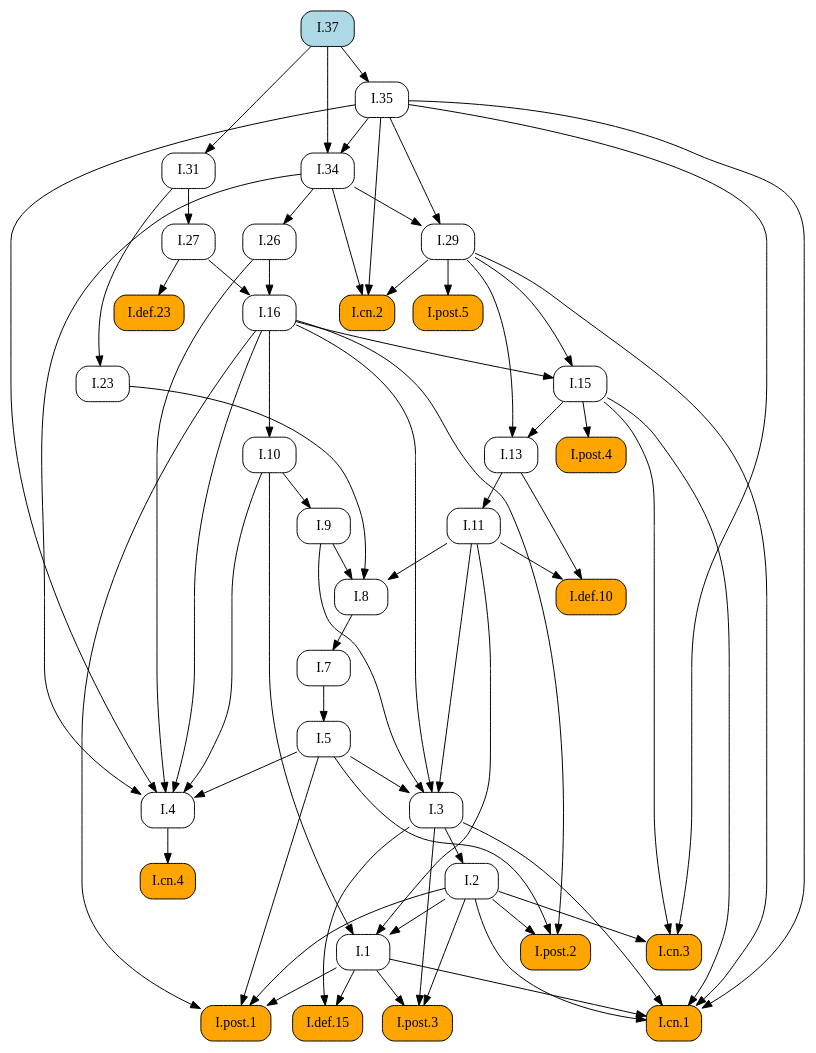
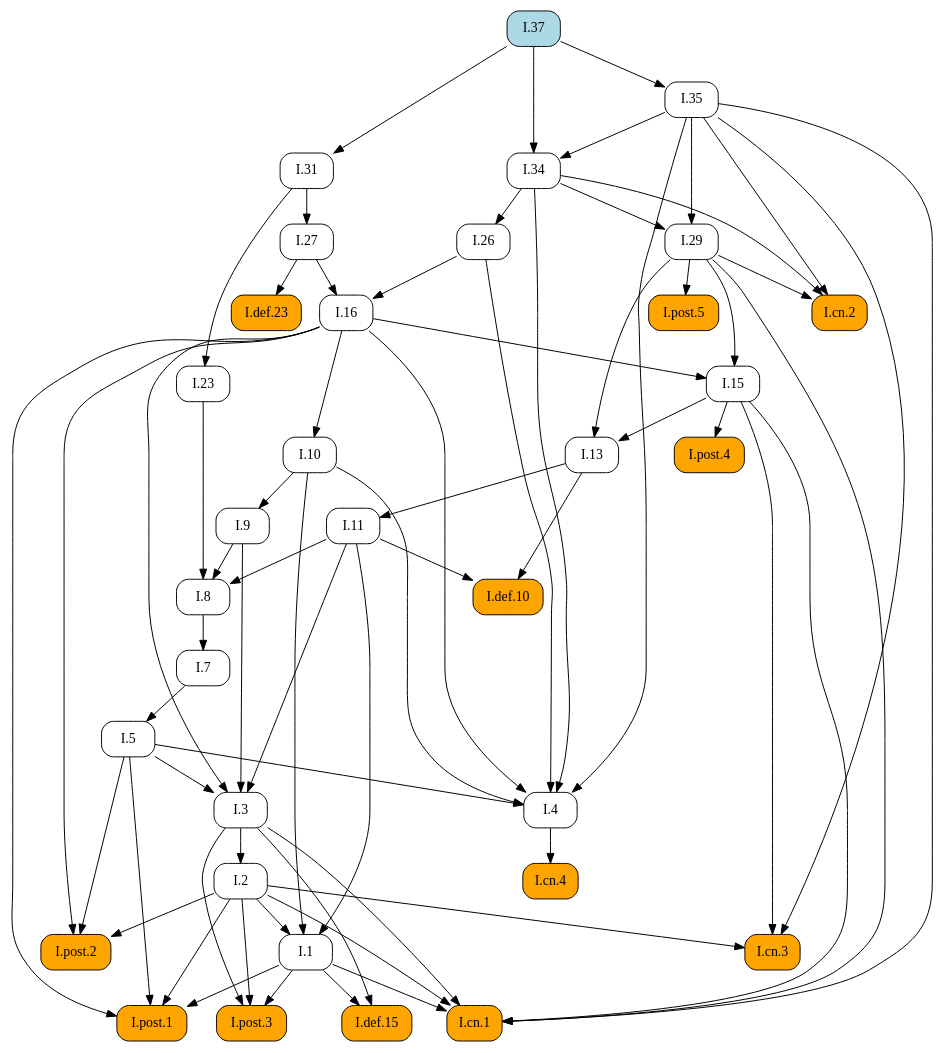
The diagram in docsrc/elements2/I/37/index.rst (geometor/elements), drawn with Graphviz before and after one commit. The commit also changed other lines of this file and 171 other files, not shown here.

```diff
--- a/docsrc/elements2/I/37/index.rst
+++ b/docsrc/elements2/I/37/index.rst
@@ -62,104 +62,104 @@
    digraph {
      rankdir="TB";
      node [shape=box, style=rounded];
+     "I.8" [URL="/elements2/I/8/", target="_top"];
+     "I.post.1" [style="rounded,filled", fillcolor=orange, URL="/elements2/I/post.1/", target="_top"];
+     "I.5" [URL="/elements2/I/5/", target="_top"];
+     "I.post.5" [style="rounded,filled", fillcolor=orange, URL="/elements2/I/post.5/", target="_top"];
+     "I.def.10" [style="rounded,filled", fillcolor=orange, URL="/elements2/I/def.10/", target="_top"];
+     "I.cn.2" [style="rounded,filled", fillcolor=orange, URL="/elements2/I/cn.2/", target="_top"];
+     "I.def.15" [style="rounded,filled", fillcolor=orange, URL="/elements2/I/def.15/", target="_top"];
+     "I.31" [URL="/elements2/I/31/", target="_top"];
+     "I.11" [URL="/elements2/I/11/", target="_top"];
+     "I.3" [URL="/elements2/I/3/", target="_top"];
+     "I.def.23" [style="rounded,filled", fillcolor=orange, URL="/elements2/I/def.23/", target="_top"];
+     "I.post.2" [style="rounded,filled", fillcolor=orange, URL="/elements2/I/post.2/", target="_top"];
+     "I.26" [URL="/elements2/I/26/", target="_top"];
+     "I.cn.3" [style="rounded,filled", fillcolor=orange, URL="/elements2/I/cn.3/", target="_top"];
+     "I.cn.4" [style="rounded,filled", fillcolor=orange, URL="/elements2/I/cn.4/", target="_top"];
+     "I.1" [URL="/elements2/I/1/", target="_top"];
+     "I.7" [URL="/elements2/I/7/", target="_top"];
+     "I.9" [URL="/elements2/I/9/", target="_top"];
+     "I.cn.1" [style="rounded,filled", fillcolor=orange, URL="/elements2/I/cn.1/", target="_top"];
+     "I.29" [URL="/elements2/I/29/", target="_top"];
+     "I.16" [URL="/elements2/I/16/", target="_top"];
+     "I.post.4" [style="rounded,filled", fillcolor=orange, URL="/elements2/I/post.4/", target="_top"];
+     "I.13" [URL="/elements2/I/13/", target="_top"];
+     "I.35" [URL="/elements2/I/35/", target="_top"];
+     "I.2" [URL="/elements2/I/2/", target="_top"];
+     "I.27" [URL="/elements2/I/27/", target="_top"];
      "I.37" [style="rounded,filled", fillcolor=lightblue, URL="/elements2/I/37/", target="_top"];
-     "I.def.10" [style="rounded,filled", fillcolor=orange, URL="/elements2/I/def.10/", target="_top"];
+     "I.4" [URL="/elements2/I/4/", target="_top"];
+     "I.10" [URL="/elements2/I/10/", target="_top"];
+     "I.15" [URL="/elements2/I/15/", target="_top"];
      "I.34" [URL="/elements2/I/34/", target="_top"];
-     "I.cn.4" [style="rounded,filled", fillcolor=orange, URL="/elements2/I/cn.4/", target="_top"];
-     "I.def.15" [style="rounded,filled", fillcolor=orange, URL="/elements2/I/def.15/", target="_top"];
+     "I.23" [URL="/elements2/I/23/", target="_top"];
      "I.post.3" [style="rounded,filled", fillcolor=orange, URL="/elements2/I/post.3/", target="_top"];
-     "I.27" [URL="/elements2/I/27/", target="_top"];
-     "I.post.2" [style="rounded,filled", fillcolor=orange, URL="/elements2/I/post.2/", target="_top"];
-     "I.13" [URL="/elements2/I/13/", target="_top"];
-     "I.10" [URL="/elements2/I/10/", target="_top"];
-     "I.post.1" [style="rounded,filled", fillcolor=orange, URL="/elements2/I/post.1/", target="_top"];
-     "I.7" [URL="/elements2/I/7/", target="_top"];
-     "I.11" [URL="/elements2/I/11/", target="_top"];
-     "I.4" [URL="/elements2/I/4/", target="_top"];
-     "I.16" [URL="/elements2/I/16/", target="_top"];
-     "I.def.23" [style="rounded,filled", fillcolor=orange, URL="/elements2/I/def.23/", target="_top"];
-     "I.9" [URL="/elements2/I/9/", target="_top"];
-     "I.8" [URL="/elements2/I/8/", target="_top"];
-     "I.cn.2" [style="rounded,filled", fillcolor=orange, URL="/elements2/I/cn.2/", target="_top"];
-     "I.23" [URL="/elements2/I/23/", target="_top"];
-     "I.26" [URL="/elements2/I/26/", target="_top"];
-     "I.15" [URL="/elements2/I/15/", target="_top"];
-     "I.post.5" [style="rounded,filled", fillcolor=orange, URL="/elements2/I/post.5/", target="_top"];
-     "I.2" [URL="/elements2/I/2/", target="_top"];
-     "I.1" [URL="/elements2/I/1/", target="_top"];
-     "I.35" [URL="/elements2/I/35/", target="_top"];
-     "I.31" [URL="/elements2/I/31/", target="_top"];
-     "I.post.4" [style="rounded,filled", fillcolor=orange, URL="/elements2/I/post.4/", target="_top"];
-     "I.cn.1" [style="rounded,filled", fillcolor=orange, URL="/elements2/I/cn.1/", target="_top"];
-     "I.3" [URL="/elements2/I/3/", target="_top"];
-     "I.cn.3" [style="rounded,filled", fillcolor=orange, URL="/elements2/I/cn.3/", target="_top"];
-     "I.29" [URL="/elements2/I/29/", target="_top"];
-     "I.5" [URL="/elements2/I/5/", target="_top"];
-     "I.11" -> "I.def.10";
-     "I.13" -> "I.def.10";
-     "I.35" -> "I.34";
-     "I.37" -> "I.34";
-     "I.4" -> "I.cn.4";
-     "I.1" -> "I.def.15";
-     "I.3" -> "I.def.15";
-     "I.1" -> "I.post.3";
-     "I.2" -> "I.post.3";
-     "I.3" -> "I.post.3";
-     "I.31" -> "I.27";
-     "I.2" -> "I.post.2";
-     "I.5" -> "I.post.2";
-     "I.16" -> "I.post.2";
-     "I.15" -> "I.13";
-     "I.29" -> "I.13";
-     "I.16" -> "I.10";
+     "I.9" -> "I.8";
+     "I.11" -> "I.8";
+     "I.23" -> "I.8";
      "I.1" -> "I.post.1";
      "I.2" -> "I.post.1";
      "I.5" -> "I.post.1";
      "I.16" -> "I.post.1";
+     "I.7" -> "I.5";
+     "I.29" -> "I.post.5";
+     "I.11" -> "I.def.10";
+     "I.13" -> "I.def.10";
+     "I.29" -> "I.cn.2";
+     "I.34" -> "I.cn.2";
+     "I.35" -> "I.cn.2";
+     "I.1" -> "I.def.15";
+     "I.3" -> "I.def.15";
+     "I.37" -> "I.31";
+     "I.13" -> "I.11";
+     "I.5" -> "I.3";
+     "I.9" -> "I.3";
+     "I.11" -> "I.3";
+     "I.16" -> "I.3";
+     "I.27" -> "I.def.23";
+     "I.2" -> "I.post.2";
+     "I.5" -> "I.post.2";
+     "I.16" -> "I.post.2";
+     "I.34" -> "I.26";
+     "I.2" -> "I.cn.3";
+     "I.15" -> "I.cn.3";
+     "I.35" -> "I.cn.3";
+     "I.4" -> "I.cn.4";
+     "I.2" -> "I.1";
+     "I.10" -> "I.1";
+     "I.11" -> "I.1";
      "I.8" -> "I.7";
-     "I.13" -> "I.11";
+     "I.10" -> "I.9";
+     "I.1" -> "I.cn.1";
+     "I.2" -> "I.cn.1";
+     "I.3" -> "I.cn.1";
+     "I.15" -> "I.cn.1";
+     "I.29" -> "I.cn.1";
+     "I.35" -> "I.cn.1";
+     "I.34" -> "I.29";
+     "I.35" -> "I.29";
+     "I.26" -> "I.16";
+     "I.27" -> "I.16";
+     "I.15" -> "I.post.4";
+     "I.15" -> "I.13";
+     "I.29" -> "I.13";
+     "I.37" -> "I.35";
+     "I.3" -> "I.2";
+     "I.31" -> "I.27";
      "I.5" -> "I.4";
      "I.10" -> "I.4";
      "I.16" -> "I.4";
      "I.26" -> "I.4";
      "I.34" -> "I.4";
      "I.35" -> "I.4";
-     "I.26" -> "I.16";
-     "I.27" -> "I.16";
-     "I.27" -> "I.def.23";
-     "I.10" -> "I.9";
-     "I.9" -> "I.8";
-     "I.11" -> "I.8";
-     "I.23" -> "I.8";
-     "I.29" -> "I.cn.2";
-     "I.34" -> "I.cn.2";
-     "I.35" -> "I.cn.2";
-     "I.31" -> "I.23";
-     "I.34" -> "I.26";
+     "I.16" -> "I.10";
      "I.16" -> "I.15";
      "I.29" -> "I.15";
-     "I.29" -> "I.post.5";
-     "I.3" -> "I.2";
-     "I.2" -> "I.1";
-     "I.10" -> "I.1";
-     "I.11" -> "I.1";
-     "I.37" -> "I.35";
-     "I.37" -> "I.31";
-     "I.15" -> "I.post.4";
-     "I.1" -> "I.cn.1";
-     "I.2" -> "I.cn.1";
-     "I.3" -> "I.cn.1";
-     "I.15" -> "I.cn.1";
-     "I.29" -> "I.cn.1";
-     "I.35" -> "I.cn.1";
-     "I.5" -> "I.3";
-     "I.9" -> "I.3";
-     "I.11" -> "I.3";
-     "I.16" -> "I.3";
-     "I.2" -> "I.cn.3";
-     "I.15" -> "I.cn.3";
-     "I.35" -> "I.cn.3";
-     "I.34" -> "I.29";
-     "I.35" -> "I.29";
-     "I.7" -> "I.5";
+     "I.35" -> "I.34";
+     "I.37" -> "I.34";
+     "I.31" -> "I.23";
+     "I.1" -> "I.post.3";
+     "I.2" -> "I.post.3";
+     "I.3" -> "I.post.3";
    }
```
